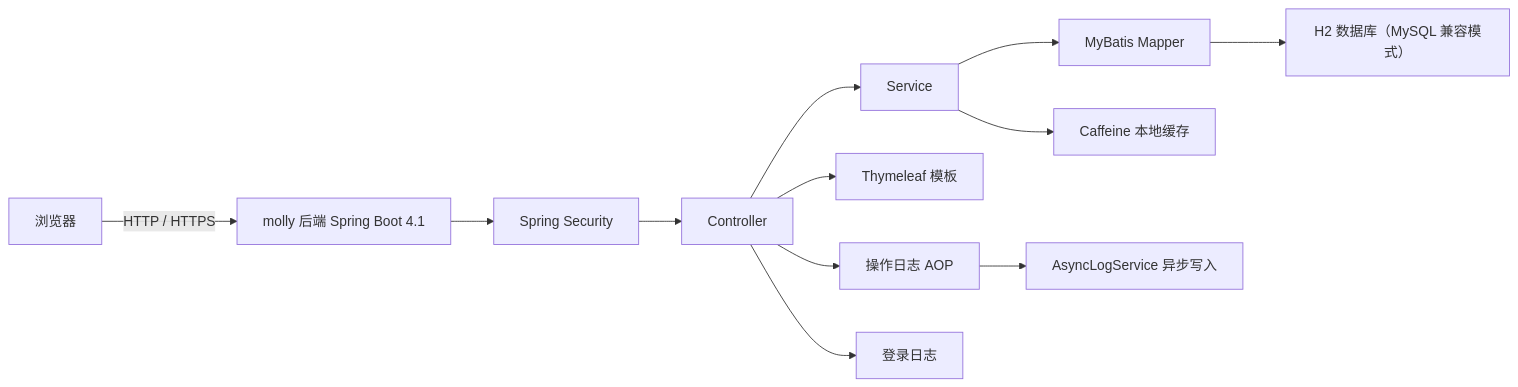
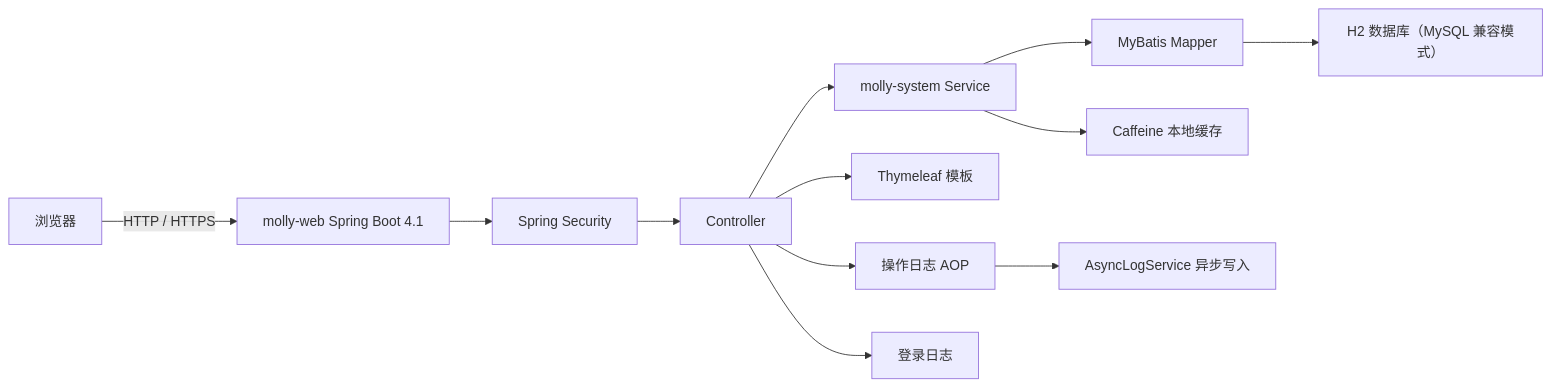
The first of 3 diagrams in .trae/documents/Technical-Architecture.md (GeBron/molly), drawn with Mermaid before and after one commit. The commit also changed other lines of this file and 1 other file, not shown here.

````diff
--- a/.trae/documents/Technical-Architecture.md
+++ b/.trae/documents/Technical-Architecture.md
@@ -5,14 +5,14 @@
 ```mermaid
 graph LR
-    A["浏览器"] -->|HTTP / HTTPS| B["molly 后端 Spring Boot 4.1"]
+    A["浏览器"] -->|HTTP / HTTPS| B["molly-web Spring Boot 4.1"]
     B --> C["Spring Security"]
     C --> D["Controller"]
-    D --> E["Service"]
+    D --> E["molly-system Service"]
     E --> F["MyBatis Mapper"]
     F --> G["H2 数据库（MySQL 兼容模式）"]
     D --> H["Thymeleaf 模板"]
     E --> I["Caffeine 本地缓存"]
     D --> J["操作日志 AOP"]
     J --> K["AsyncLogService 异步写入"]
     D --> L["登录日志"]
 ```
````
